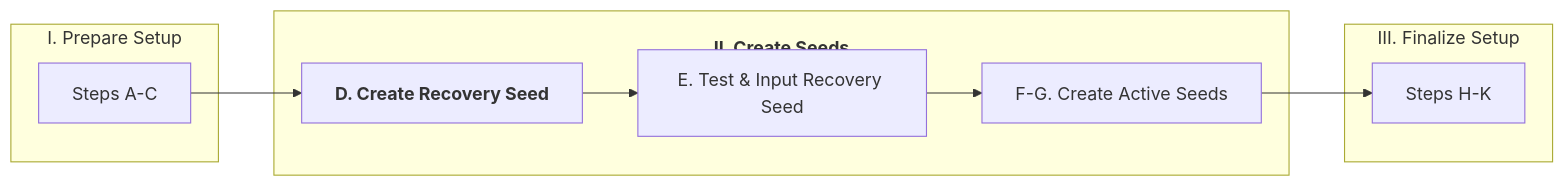
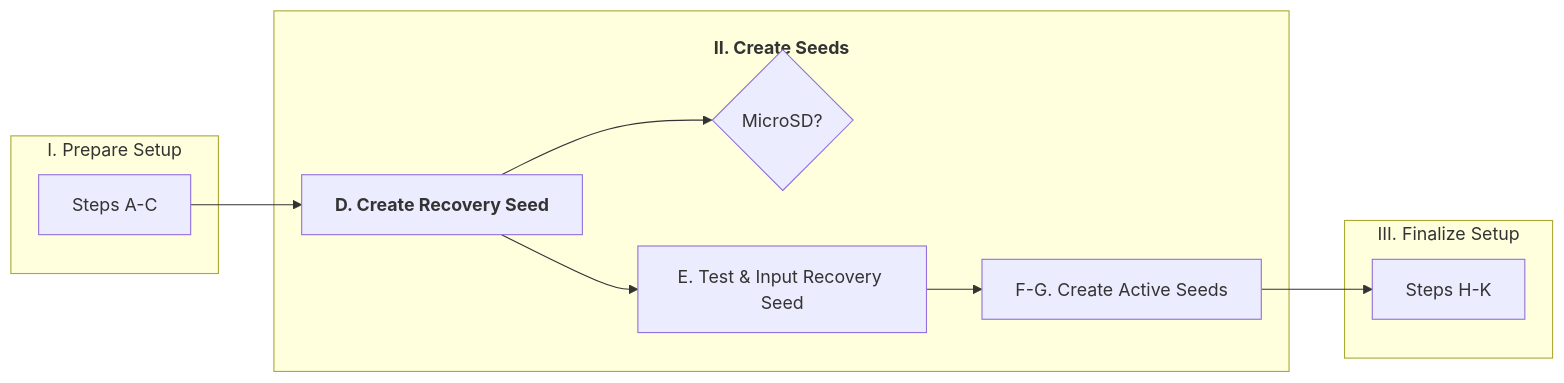
Before and after one commit to BlockchainCommons/SmartCustody: the fourth of 7 diagrams in Docs/Scenario-Multisig.md, drawn with Mermaid.

````diff
--- a/Docs/Scenario-Multisig.md
+++ b/Docs/Scenario-Multisig.md
@@ -243,17 +243,19 @@
 ```mermaid
     graph LR;
     subgraph 1[I. Prepare Setup]
     C[Steps A-C]
     end
     subgraph 2[<h4>II. Create Seeds</h4>]
     D[<b>D. Create Recovery Seed</b>]
+    D1{MicroSD?}
     E[E. Test & Input Recovery Seed]
     F[F-G. Create Active Seeds]
     D-->E-->F
+    D-->D1
     end
     subgraph 3[III. Finalize Setup]
     H[Steps H-K]
     end
     C-->D
     F-->H
 ```
````
